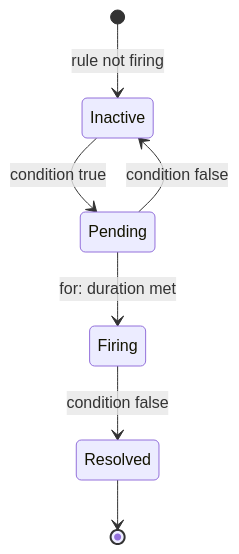
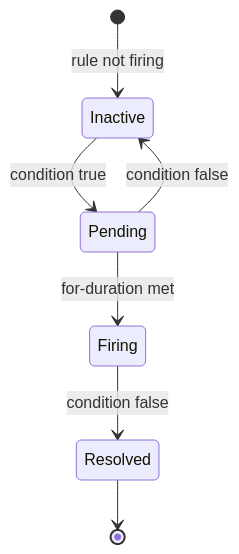
The second of 4 diagrams in monitoring/alertmanager.md (deepanshu-rawat6/DevOpsIndex), drawn with Mermaid before and after one commit. The commit also changed 18 other files, not shown here.

````diff
--- a/monitoring/alertmanager.md
+++ b/monitoring/alertmanager.md
@@ -35,9 +35,9 @@
 ```mermaid
 stateDiagram-v2
     [*] --> Inactive: rule not firing
     Inactive --> Pending: condition true
-    Pending --> Firing: for: duration met
+    Pending --> Firing: for-duration met
     Pending --> Inactive: condition false
     Firing --> Resolved: condition false
     Resolved --> [*]
 ```
````
